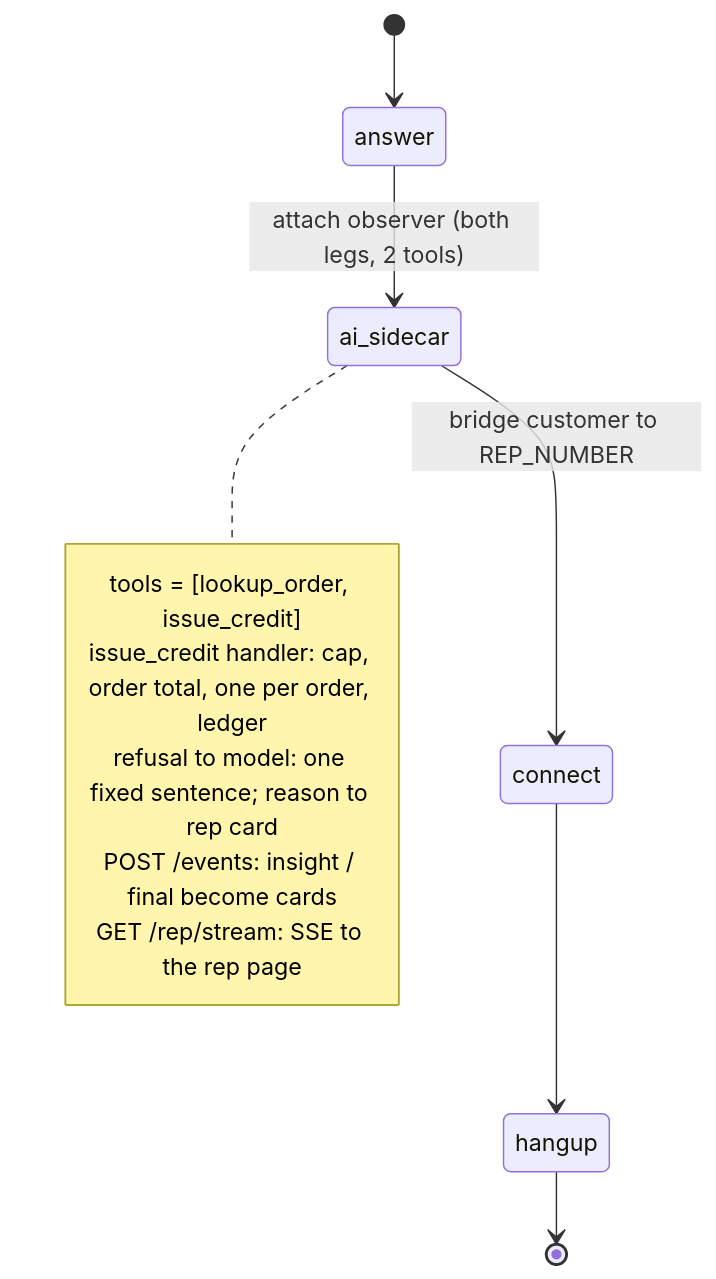
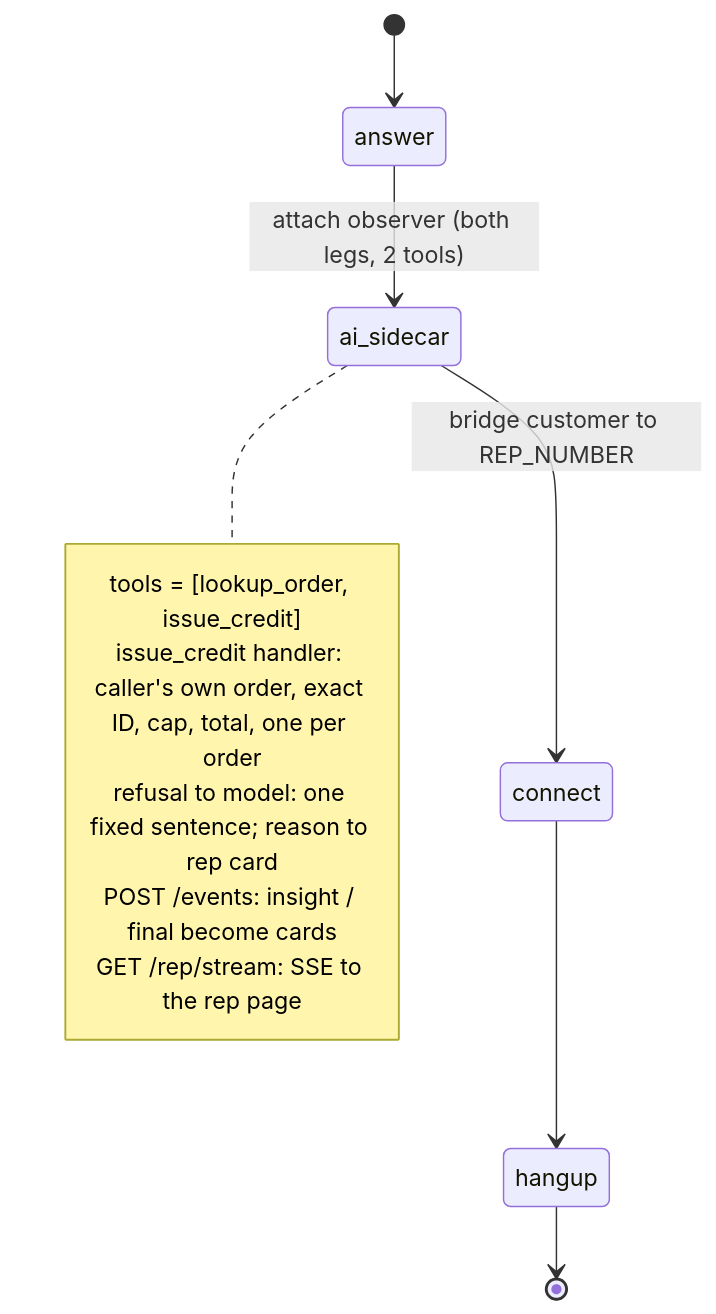
The diagram in recipes/24-support-copilot-that-acts/README.md (signalwire-demos/ai-recipes), drawn with Mermaid before and after one commit. The commit also changed other lines of this file and 7 other files, not shown here.

````diff
--- a/recipes/24-support-copilot-that-acts/README.md
+++ b/recipes/24-support-copilot-that-acts/README.md
@@ -27,15 +32,15 @@
 ```mermaid
 stateDiagram-v2
     [*] --> answer
     answer --> ai_sidecar: attach observer (both legs, 2 tools)
     ai_sidecar --> connect: bridge customer to REP_NUMBER
     connect --> hangup
     hangup --> [*]
     note right of ai_sidecar
       tools = [lookup_order, issue_credit]
-      issue_credit handler: cap, order total, one per order, ledger
+      issue_credit handler: caller's own order, exact ID, cap, total, one per order
       refusal to model: one fixed sentence; reason to rep card
       POST /events: insight / final become cards
       GET /rep/stream: SSE to the rep page
     end note
 ```
````
